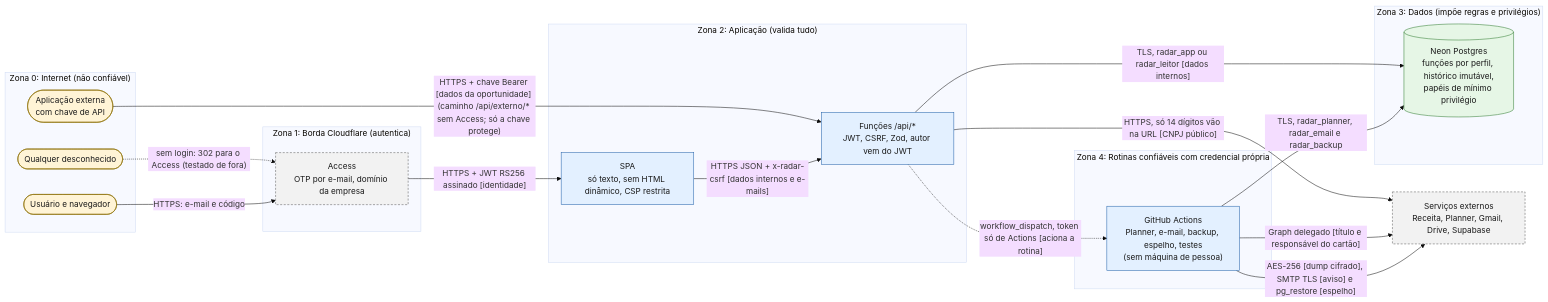
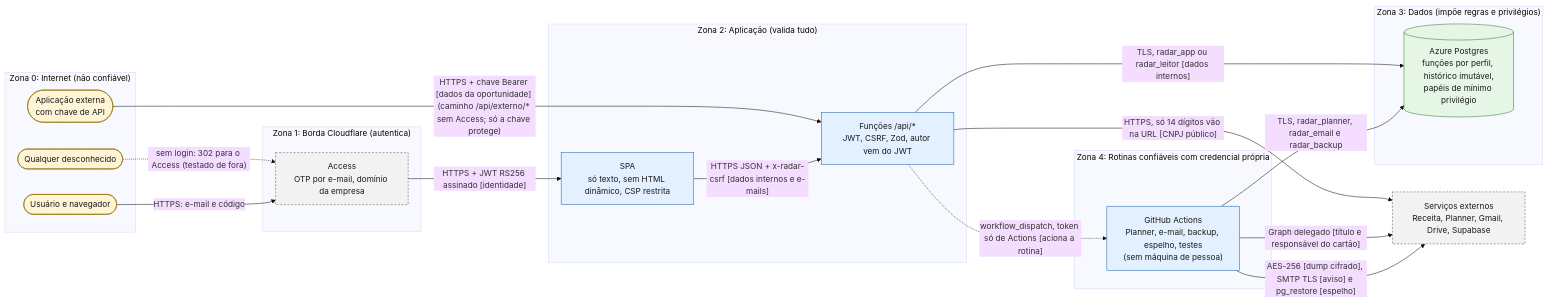
Before and after one commit to agentanalisedegoverno-svg/dashboard-metrics-team: diagram 20 of 22 in docs/DIAGRAMAS.md, drawn with Mermaid (base theme). The commit also changed other lines of this file and 38 other files, not shown here.

````diff
--- a/docs/DIAGRAMAS.md
+++ b/docs/DIAGRAMAS.md
@@ -755,44 +753,44 @@
 ```mermaid
 flowchart LR
   classDef pessoa fill:#fff4d6,stroke:#8a6d00,color:#1a1a1a
   classDef proc fill:#e3f0ff,stroke:#1f5fa8,color:#1a1a1a
   classDef dados fill:#e6f6e6,stroke:#2d7a2d,color:#1a1a1a
   classDef externo fill:#f2f2f2,stroke:#555555,stroke-dasharray:4 3,color:#1a1a1a
 
   subgraph z0["Zona 0: Internet (não confiável)"]
     U(["Usuário e navegador"]):::pessoa
     ATK(["Qualquer desconhecido"]):::pessoa
     APX(["Aplicação externa<br/>com chave de API"]):::pessoa
   end
 
   subgraph z1["Zona 1: Borda Cloudflare (autentica)"]
     ACC["Access<br/>OTP por e-mail, domínio da empresa"]:::externo
   end
 
   subgraph z2["Zona 2: Aplicação (valida tudo)"]
     SPA["SPA<br/>só texto, sem HTML dinâmico, CSP restrita"]:::proc
     API["Funções /api/*<br/>JWT, CSRF, Zod, autor vem do JWT"]:::proc
   end
 
   subgraph z3["Zona 3: Dados (impõe regras e privilégios)"]
-    DB[("Neon Postgres<br/>funções por perfil, histórico imutável,<br/>papéis de mínimo privilégio")]:::dados
+    DB[("Azure Postgres<br/>funções por perfil, histórico imutável,<br/>papéis de mínimo privilégio")]:::dados
   end
 
   subgraph z4["Zona 4: Rotinas confiáveis com credencial própria"]
     GHA["GitHub Actions<br/>Planner, e-mail, backup, espelho, testes<br/>(sem máquina de pessoa)"]:::proc
   end
 
   EXT["Serviços externos<br/>Receita, Planner, Gmail, Drive, Supabase"]:::externo
 
   ATK -.->|"sem login: 302 para o Access (testado de fora)"| ACC
   APX -->|"HTTPS + chave Bearer [dados da oportunidade] (caminho /api/externo/* sem Access; só a chave protege)"| API
   U -->|"HTTPS: e-mail e código"| ACC
   ACC -->|"HTTPS + JWT RS256 assinado [identidade]"| SPA
   SPA -->|"HTTPS JSON + x-radar-csrf [dados internos e e-mails]"| API
   API -->|"TLS, radar_app ou radar_leitor [dados internos]"| DB
   API -->|"HTTPS, só 14 dígitos vão na URL [CNPJ público]"| EXT
   API -.->|"workflow_dispatch, token só de Actions [aciona a rotina]"| GHA
   GHA -->|"TLS, radar_planner, radar_email e radar_backup"| DB
   GHA -->|"Graph delegado [título e responsável do cartão]"| EXT
   GHA -->|"AES-256 [dump cifrado], SMTP TLS [aviso] e pg_restore [espelho]"| EXT
 ```
````
